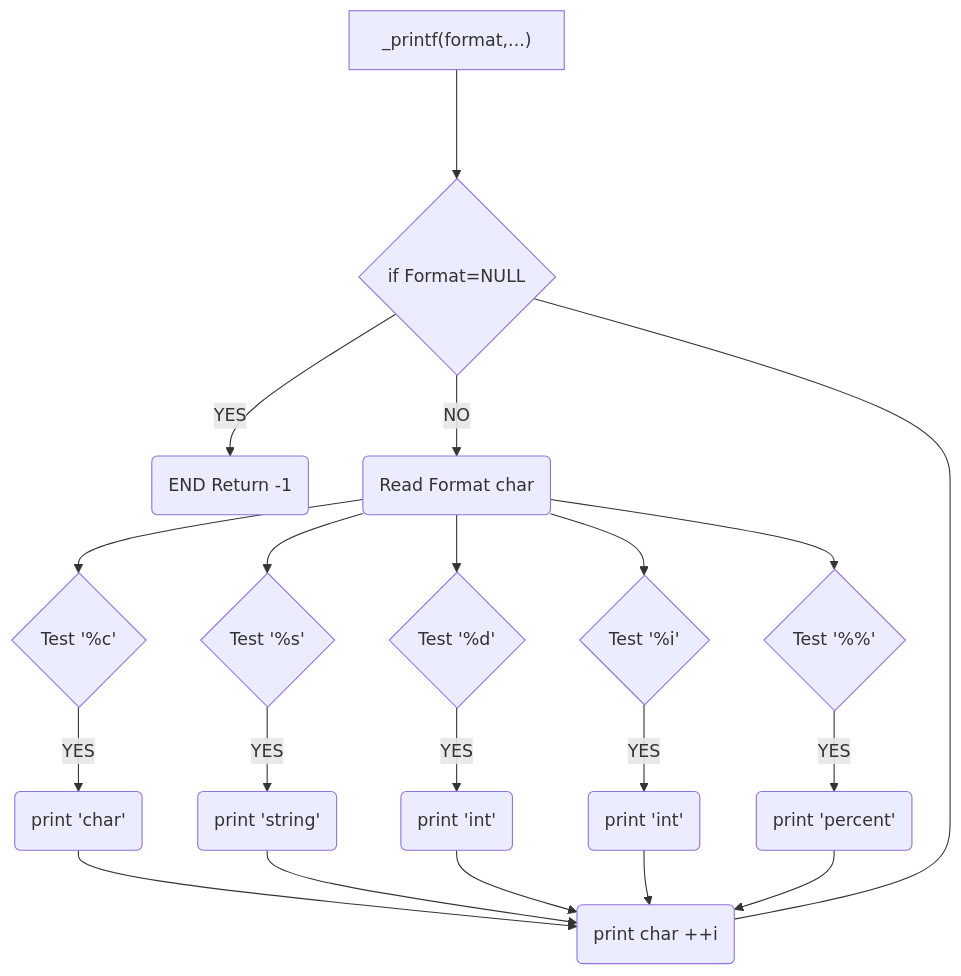
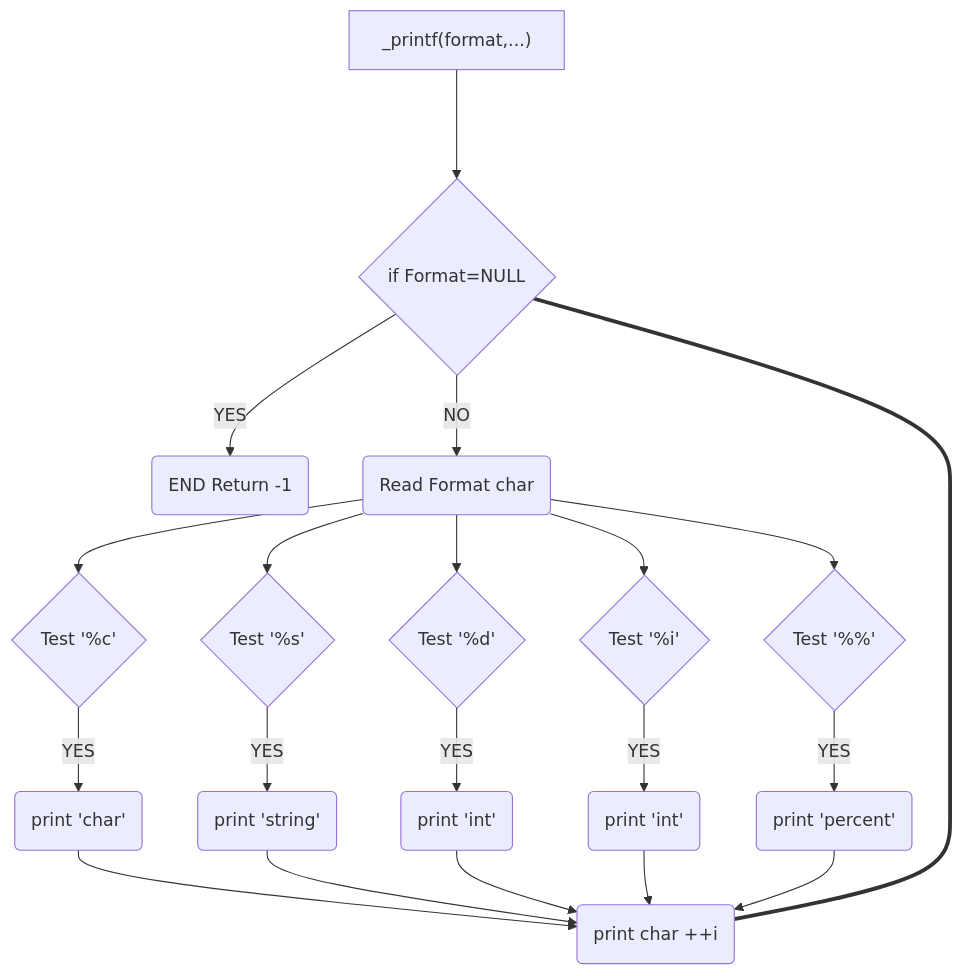
Before and after one commit to Genia888/holbertonschool-printf: the diagram in README.md, drawn with Mermaid.

````diff
--- a/README.md
+++ b/README.md
@@ -76,18 +76,18 @@
 ```mermaid
 flowchart TD
     A["_printf(format,...)"] --->B{"if  Format=NULL"}
     B -- YES --> I("END Return -1")
     B -- NO --> C("Read Format char")
     C --> D{Test '%c'} 
     C --> E{Test '%s' } 
     C --> F{Test '%d'}  
     C --> J{Test '%i'}  
     C --> K{Test '%%'}
     D -- YES --> 1(print 'char')
     E -- YES --> 2(print 'string')
     F -- YES --> 3(print 'int')
     J -- YES --> 4(print 'int')
     K -- YES --> 5(print 'percent')
     1 & 2 & 3 & 4 & 5 --> M(print char ++i)
-    B --- M
+    B === M
 ```
````
